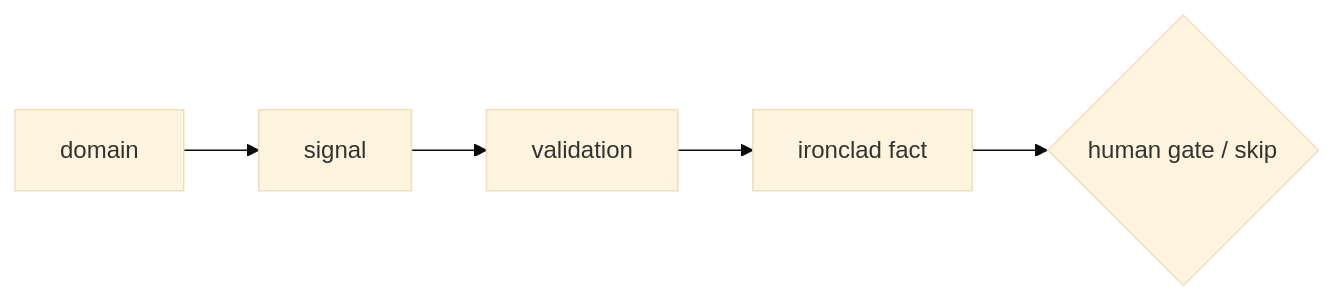
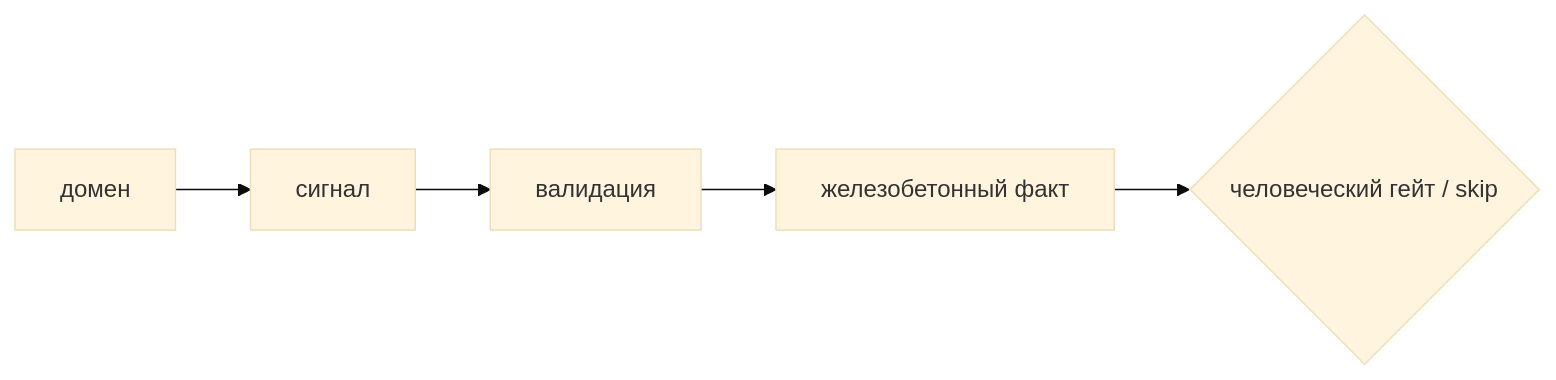
Before and after one commit to rodion-whatisai/marketing-agent-pipeline: the diagram in marketing-agent-pipeline/01-client-discovery/decision-flow.md, drawn with Mermaid (base theme). The commit also changed other lines of this file and 7 other files, not shown here.

````diff
--- a/marketing-agent-pipeline/01-client-discovery/decision-flow.md
+++ b/marketing-agent-pipeline/01-client-discovery/decision-flow.md
@@ -7,8 +8,8 @@
 ```mermaid
-%% placeholder — replaced in Step 3
+%% placeholder — заменяется на Шаге 3
 flowchart LR
-  A[domain] --> B[signal]
-  B --> C[validation]
-  C --> D[ironclad fact]
-  D --> E{human gate / skip}
+  A[домен] --> B[сигнал]
+  B --> C[валидация]
+  C --> D[железобетонный факт]
+  D --> E{человеческий гейт / skip}
 ```
````
